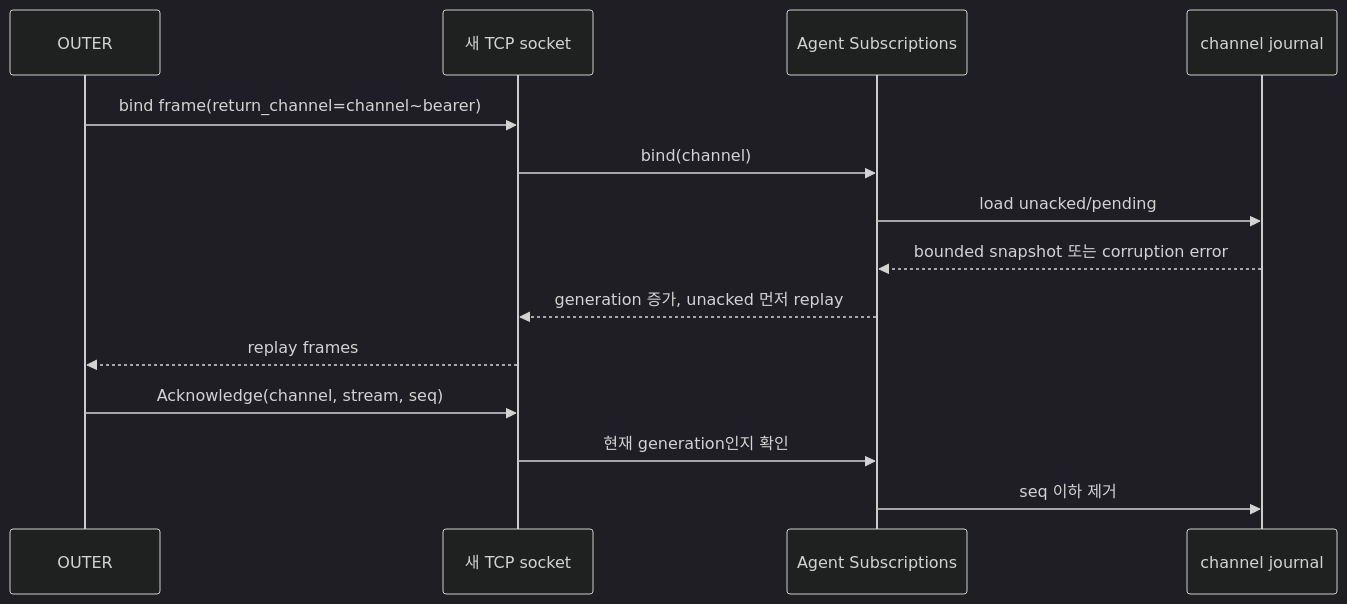
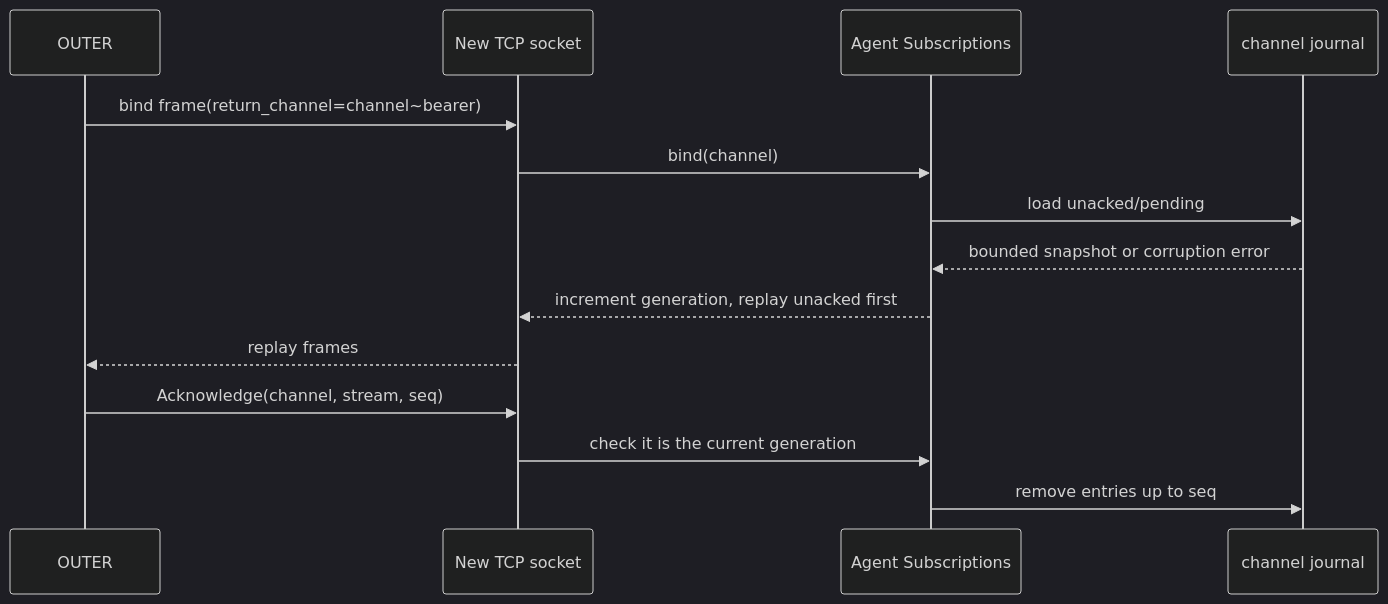
The sixth of 10 diagrams in docs/protocol.md (louisevandan/kvasir-net), drawn with Mermaid (dark theme) before and after one commit. The commit also changed other lines of this file and 212 other files, not shown here.

````diff
--- a/docs/protocol.md
+++ b/docs/protocol.md
@@ -1649,17 +1714,17 @@
 ```mermaid
 sequenceDiagram
     participant O as OUTER
-    participant S as 새 TCP socket
+    participant S as New TCP socket
     participant A as Agent Subscriptions
     participant J as channel journal
 
     O->>S: bind frame(return_channel=channel~bearer)
     S->>A: bind(channel)
     A->>J: load unacked/pending
-    J-->>A: bounded snapshot 또는 corruption error
-    A-->>S: generation 증가, unacked 먼저 replay
+    J-->>A: bounded snapshot or corruption error
+    A-->>S: increment generation, replay unacked first
     S-->>O: replay frames
     O->>S: Acknowledge(channel, stream, seq)
-    S->>A: 현재 generation인지 확인
-    A->>J: seq 이하 제거
+    S->>A: check it is the current generation
+    A->>J: remove entries up to seq
 ```
````
